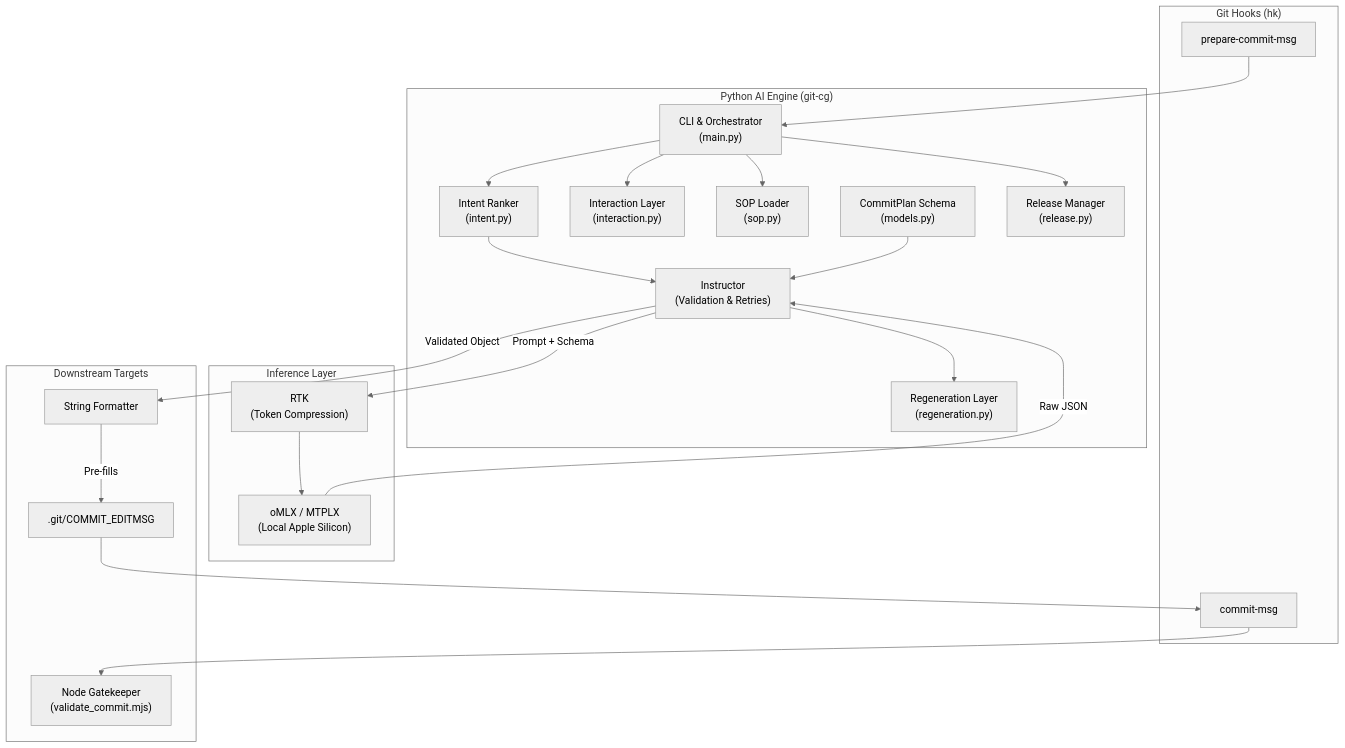
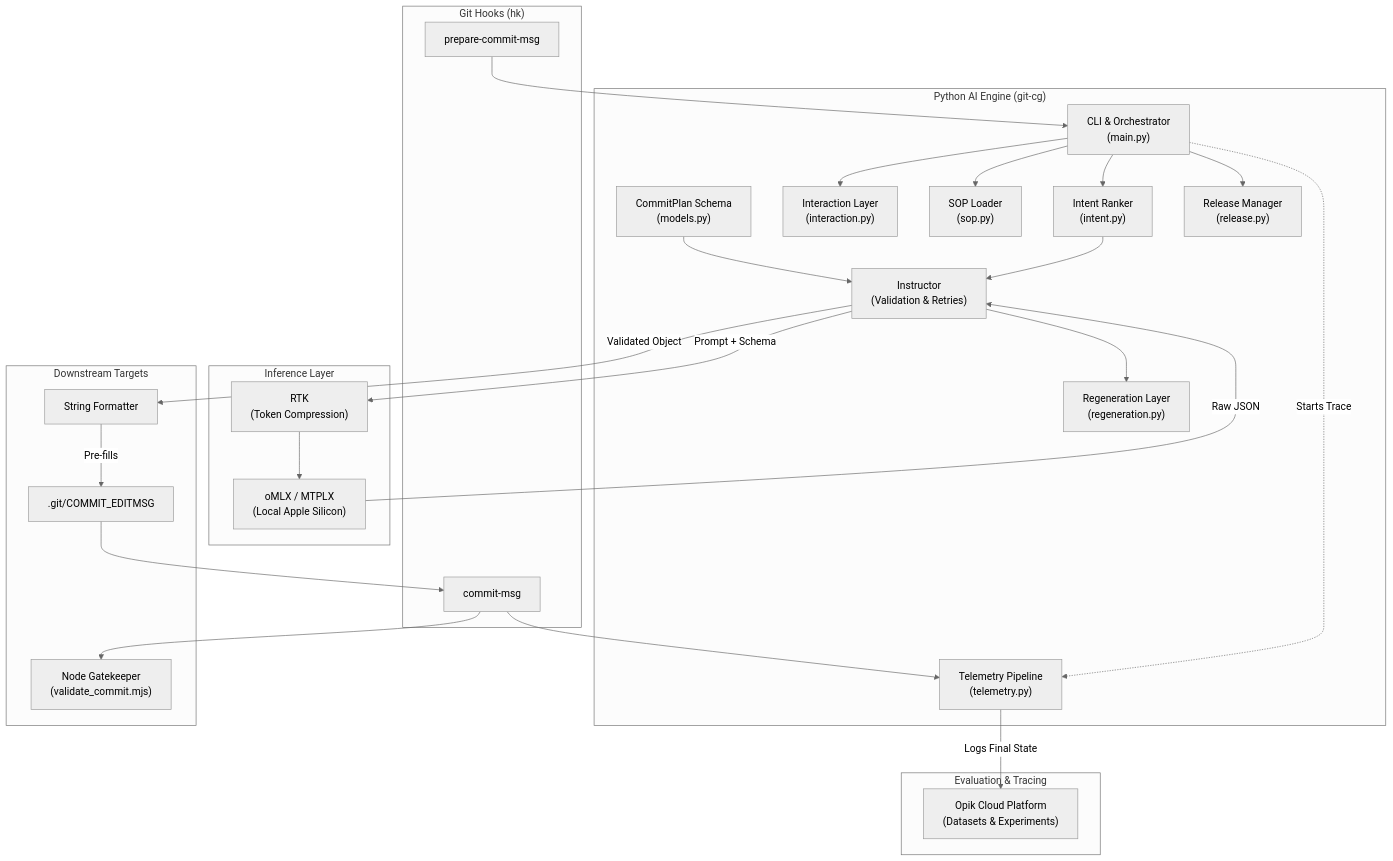
The first of 2 diagrams in README.md (Thomo1318/gitCommitGenerator), drawn with Mermaid (neutral theme) before and after one commit. The commit also changed other lines of this file and 2 other files, not shown here.

First line of the commit message:
📝 docs(readme): update readme architecture and gui editor docs

````diff
--- a/README.md
+++ b/README.md
@@ -91,43 +93,51 @@
 ```mermaid
 flowchart TD
     subgraph Git ["Git Hooks (hk)"]
         PrepareHook["prepare-commit-msg"]
         CommitMsgHook["commit-msg"]
     end
 
     subgraph Intelligence ["Python AI Engine (git-cg)"]
         Main["CLI & Orchestrator<br/>(main.py)"]
         Ranker["Intent Ranker<br/>(intent.py)"]
         Interaction["Interaction Layer<br/>(interaction.py)"]
         SOPLoader["SOP Loader<br/>(sop.py)"]
         Pydantic["CommitPlan Schema<br/>(models.py)"]
         Instructor["Instructor<br/>(Validation & Retries)"]
         Regeneration["Regeneration Layer<br/>(regeneration.py)"]
         Release["Release Manager<br/>(release.py)"]
+        Telemetry["Telemetry Pipeline<br/>(telemetry.py)"]
 
         PrepareHook --> Main
         Main --> SOPLoader
         Main --> Ranker
         Main --> Interaction
         Ranker --> Instructor
         Pydantic --> Instructor
         Instructor --> Regeneration
         Main --> Release
+        Main -. "Starts Trace" .-> Telemetry
     end
 
     subgraph Execution ["Inference Layer"]
         RTK["RTK<br/>(Token Compression)"]
         LLM["oMLX / MTPLX<br/>(Local Apple Silicon)"]
 
         Instructor -- "Prompt + Schema" --> RTK
         RTK --> LLM
         LLM -- "Raw JSON" --> Instructor
     end
 
     subgraph Outputs ["Downstream Targets"]
         Instructor -->|Validated Object| Formatter["String Formatter"]
         Formatter -->|Pre-fills| Target[".git/COMMIT_EDITMSG"]
         Target --> CommitMsgHook
         CommitMsgHook --> Gatekeeper["Node Gatekeeper<br/>(validate_commit.mjs)"]
+        CommitMsgHook --> Telemetry
+    end
+
+    subgraph Observability ["Evaluation & Tracing"]
+        Opik["Opik Cloud Platform<br/>(Datasets & Experiments)"]
+        Telemetry -- "Logs Final State" --> Opik
     end
 ```
````
